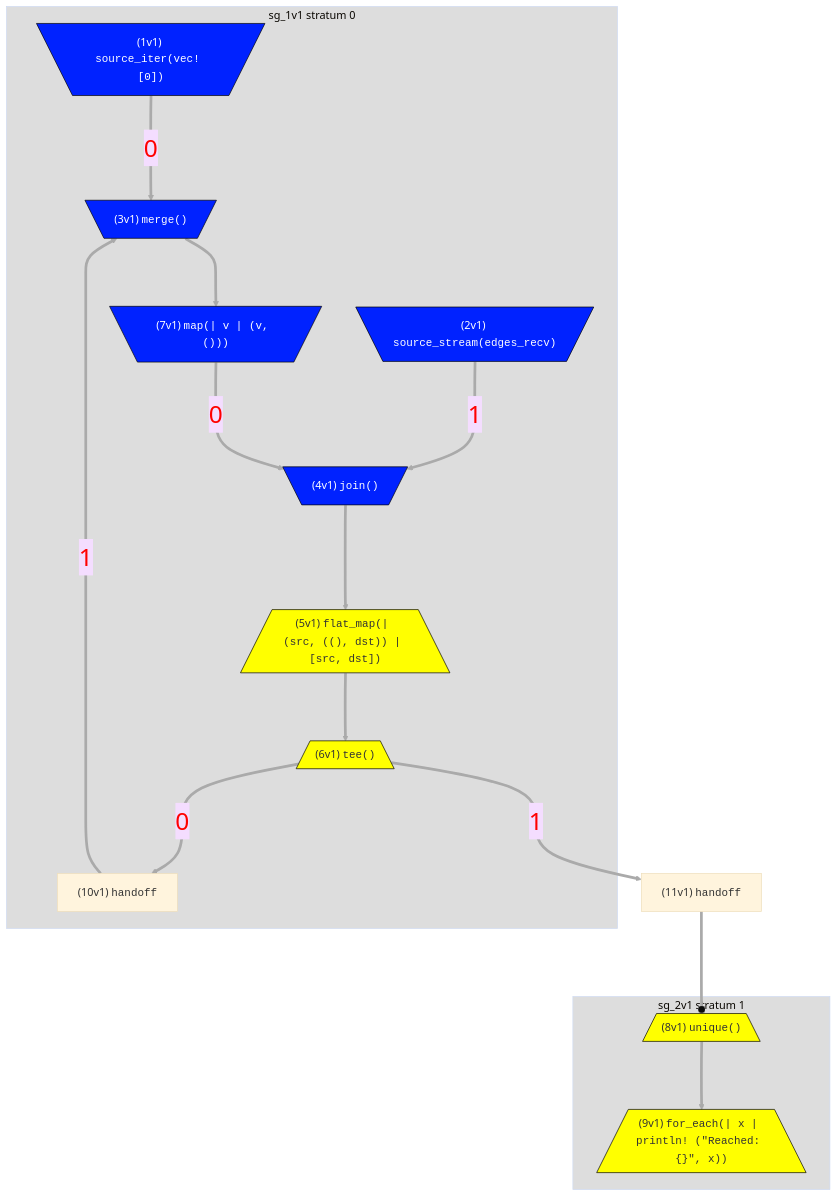
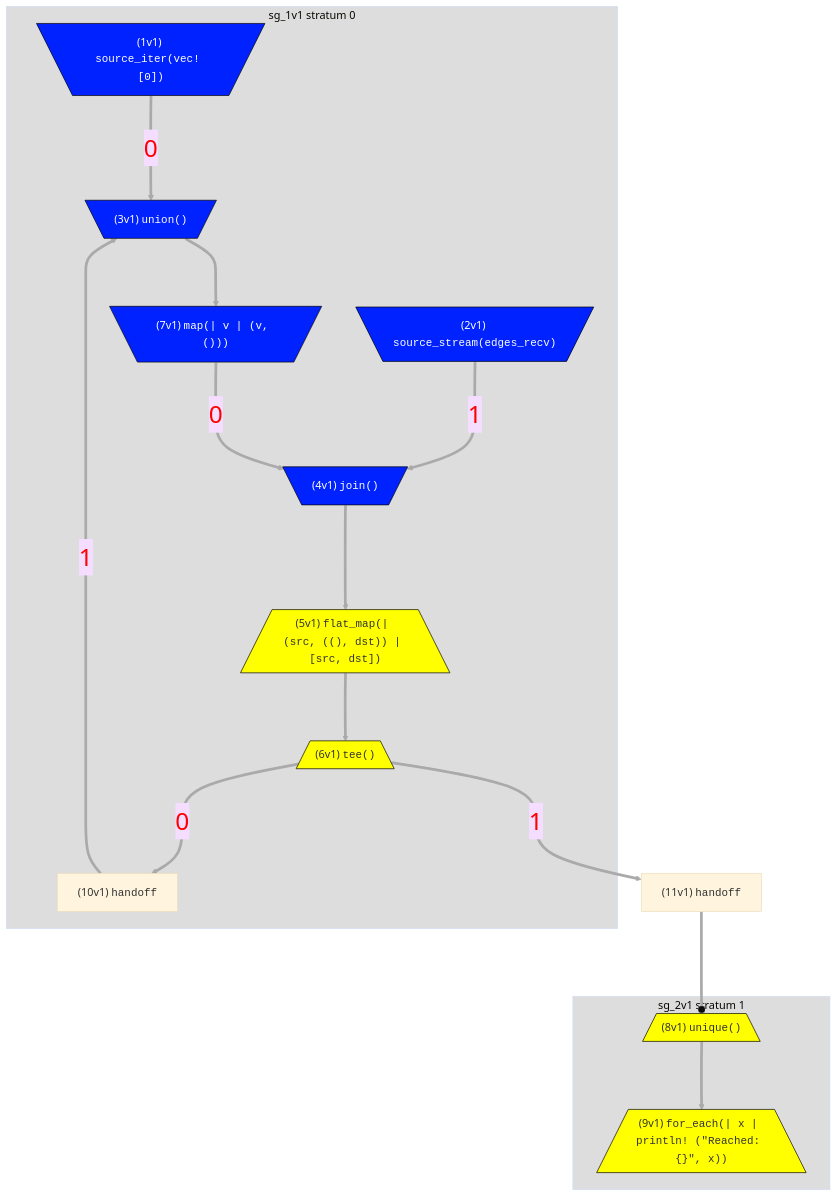
The diagram in docs/docs/hydroflow/architecture/index.md (nickjiang2378/hydroflow), drawn with Mermaid before and after one commit. The commit also changed 100 other files, not shown here.

Commit message:
rename: merge() to union() (#697)

````diff
--- a/docs/docs/hydroflow/architecture/index.md
+++ b/docs/docs/hydroflow/architecture/index.md
@@ -12,33 +12,33 @@
 ```mermaid
 %%{init: {'theme': 'base', 'themeVariables': {'clusterBkg':'#ddd'}}}%%
 flowchart TD
 classDef pullClass fill:#02f,color:#fff,stroke:#000
 classDef pushClass fill:#ff0,stroke:#000
 linkStyle default stroke:#aaa,stroke-width:4px,color:red,font-size:1.5em;
 subgraph "sg_1v1 stratum 0"
     1v1[\"(1v1) <tt>source_iter(vec! [0])</tt>"/]:::pullClass
     2v1[\"(2v1) <tt>source_stream(edges_recv)</tt>"/]:::pullClass
-    3v1[\"(3v1) <tt>merge()</tt>"/]:::pullClass
+    3v1[\"(3v1) <tt>union()</tt>"/]:::pullClass
     7v1[\"(7v1) <tt>map(| v | (v, ()))</tt>"/]:::pullClass
     4v1[\"(4v1) <tt>join()</tt>"/]:::pullClass
     5v1[/"(5v1) <tt>flat_map(| (src, ((), dst)) | [src, dst])</tt>"\]:::pushClass
     6v1[/"(6v1) <tt>tee()</tt>"\]:::pushClass
     10v1["(10v1) <tt>handoff</tt>"]:::otherClass
     10v1--1--->3v1
     1v1--0--->3v1
     2v1--1--->4v1
     3v1--->7v1
     7v1--0--->4v1
     4v1--->5v1
     5v1--->6v1
     6v1--0--->10v1
 end
 subgraph "sg_2v1 stratum 1"
     8v1[/"(8v1) <tt>unique()</tt>"\]:::pushClass
     9v1[/"(9v1) <tt>for_each(| x | println! (&quot;Reached: {}&quot;, x))</tt>"\]:::pushClass
     8v1--->9v1
 end
 6v1--1--->11v1
 11v1["(11v1) <tt>handoff</tt>"]:::otherClass
 11v1===o8v1
 ```
````
